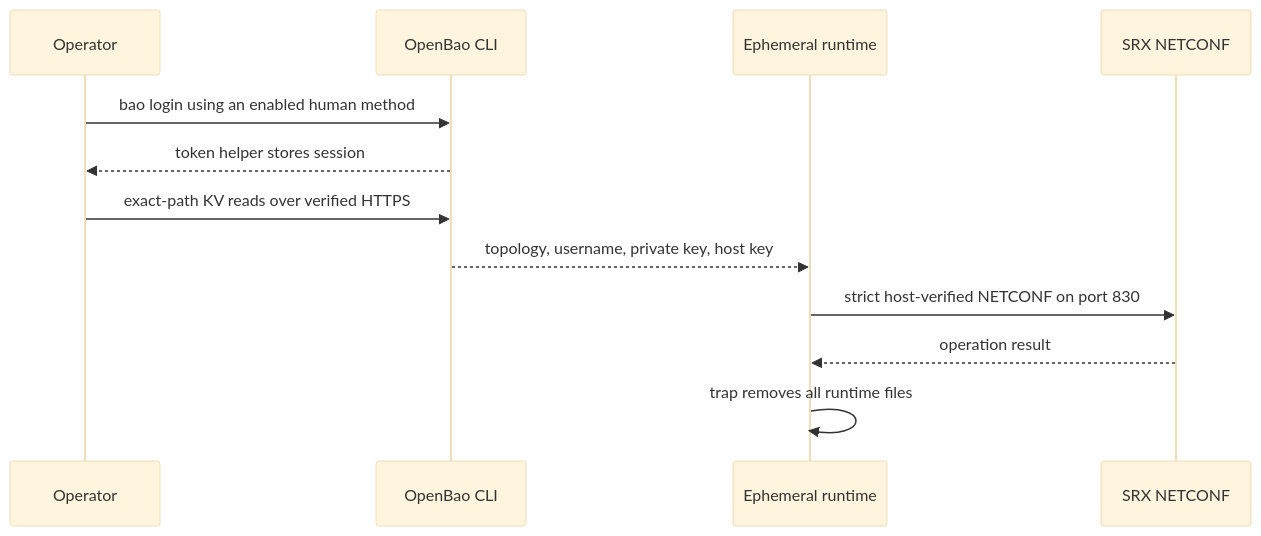
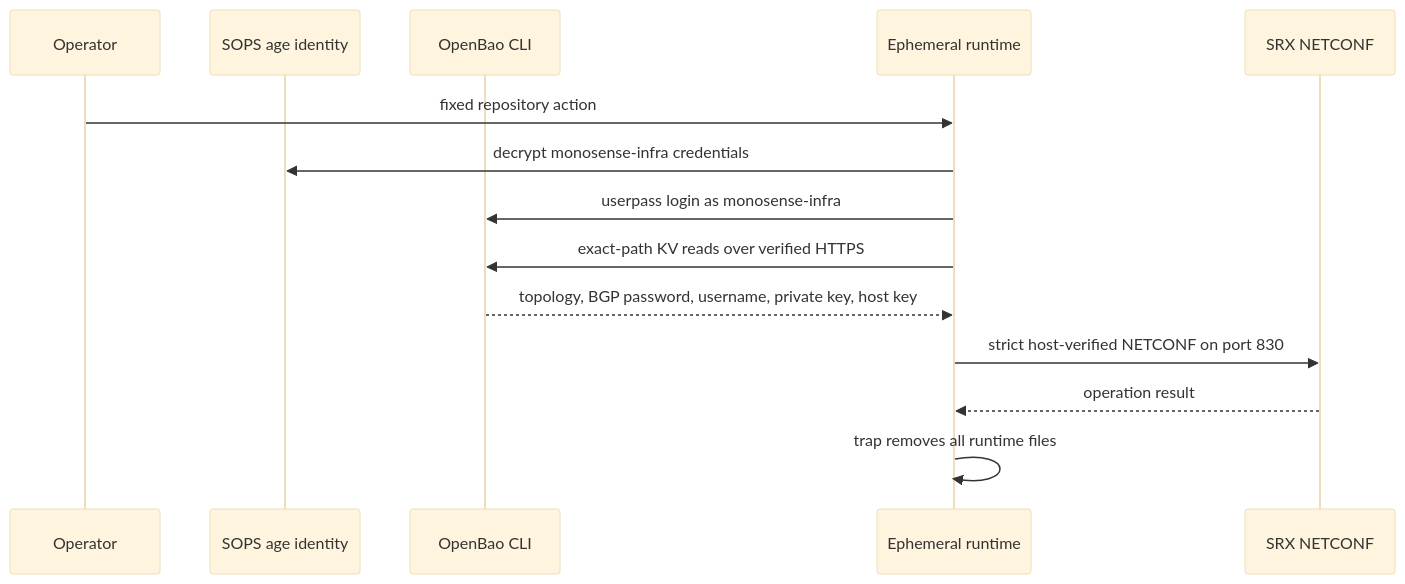
One commit to trosvald/infrastructure changed the third of 3 diagrams in ansible/junos/README.md. Above: the diagram before and after it, drawn with Mermaid (base theme). The commit also changed other lines of this file and 18 other files, not shown here.

````diff
--- a/ansible/junos/README.md
+++ b/ansible/junos/README.md
@@ -55,14 +55,16 @@
 ```mermaid
 sequenceDiagram
   participant O as Operator
+  participant S as SOPS age identity
   participant B as OpenBao CLI
   participant T as Ephemeral runtime
   participant J as SRX NETCONF
-  O->>B: bao login using an enabled human method
-  B-->>O: token helper stores session
-  O->>B: exact-path KV reads over verified HTTPS
-  B-->>T: topology, username, private key, host key
+  O->>T: fixed repository action
+  T->>S: decrypt monosense-infra credentials
+  T->>B: userpass login as monosense-infra
+  T->>B: exact-path KV reads over verified HTTPS
+  B-->>T: topology, BGP password, username, private key, host key
   T->>J: strict host-verified NETCONF on port 830
   J-->>T: operation result
   T->>T: trap removes all runtime files
 ```
````
